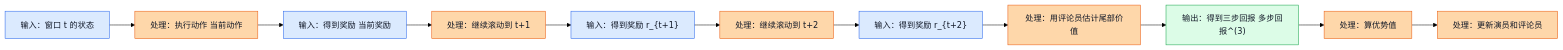
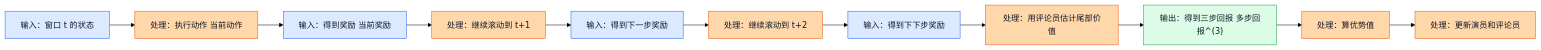
Before and after one commit to Mrphase/RL-Doc: the second of 2 diagrams in learn/11_Actor_Critic_A2C.md, drawn with Mermaid (forest theme).

Commit message:
fix: clean remaining Mermaid render labels
Agent-Logs-Url: https://github.com/Mrphase/RL-Doc/sessions/ee0ecf51-76e8-4be4-9160-6c9a946d0f35

````diff
--- a/learn/11_Actor_Critic_A2C.md
+++ b/learn/11_Actor_Critic_A2C.md
@@ -422,21 +422,21 @@
 ```mermaid
 flowchart LR
     A["输入：窗口 t 的状态"] --> B["处理：执行动作 当前动作"]
     B --> C["输入：得到奖励 当前奖励"]
     C --> D["处理：继续滚动到 t+1"]
-    D --> E["输入：得到奖励 r_{t+1}"]
+    D --> E["输入：得到下一步奖励"]
     E --> F["处理：继续滚动到 t+2"]
-    F --> G["输入：得到奖励 r_{t+2}"]
+    F --> G["输入：得到下下步奖励"]
     G --> H["处理：用评论员估计尾部价值"]
     H --> I["输出：得到三步回报 多步回报^(3)"]
     I --> J["处理：算优势值"]
     J --> K["处理：更新演员和评论员"]
 
     classDef input fill:#dbeafe,stroke:#2563eb,color:#111827;
     classDef process fill:#fed7aa,stroke:#ea580c,color:#111827;
     classDef output fill:#dcfce7,stroke:#16a34a,color:#111827;
 
     class A,C,E,G input;
     class B,D,F,H,J,K process;
     class I output;
 ```
````
